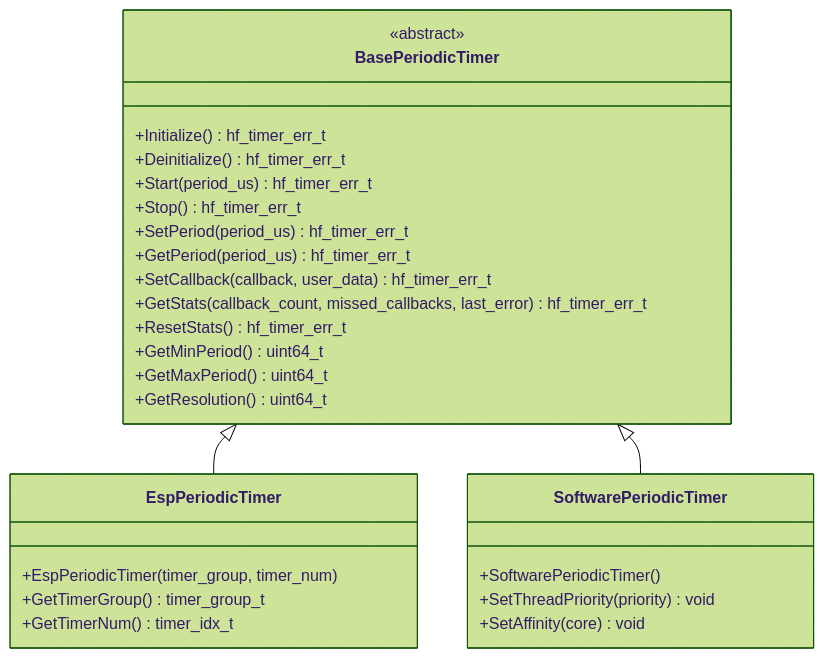
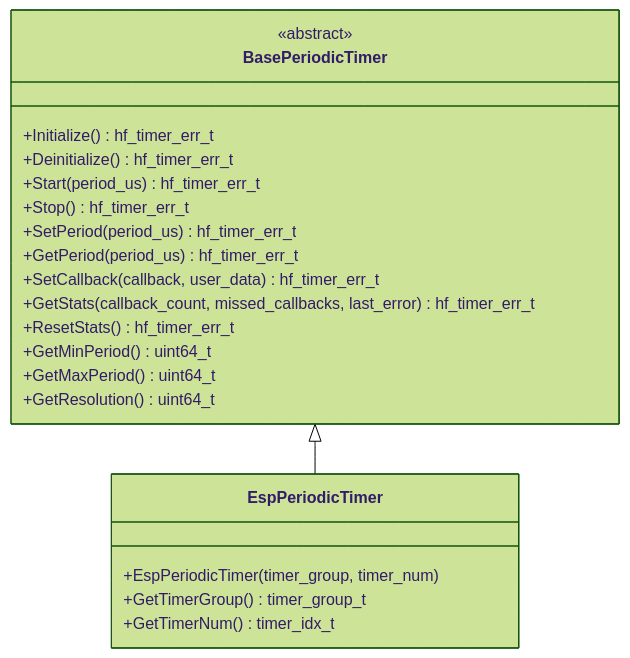
The diagram in docs/api/BasePeriodicTimer.md (N3b3x/hf-internal-interface-wrap), drawn with Mermaid (forest theme) before and after one commit. The commit also changed other lines of this file and 12 other files, not shown here.

````diff
--- a/docs/api/BasePeriodicTimer.md
+++ b/docs/api/BasePeriodicTimer.md
@@ -53,33 +50,26 @@
 ```mermaid
 classDiagram
     class BasePeriodicTimer {
         <<abstract>>
         +Initialize() hf_timer_err_t
         +Deinitialize() hf_timer_err_t
         +Start(period_us) hf_timer_err_t
         +Stop() hf_timer_err_t
         +SetPeriod(period_us) hf_timer_err_t
         +GetPeriod(period_us) hf_timer_err_t
         +SetCallback(callback, user_data) hf_timer_err_t
         +GetStats(callback_count, missed_callbacks, last_error) hf_timer_err_t
         +ResetStats() hf_timer_err_t
         +GetMinPeriod() uint64_t
         +GetMaxPeriod() uint64_t
         +GetResolution() uint64_t
     }
     
     class EspPeriodicTimer {
         +EspPeriodicTimer(timer_group, timer_num)
         +GetTimerGroup() timer_group_t
         +GetTimerNum() timer_idx_t
     }
     
-    class SoftwarePeriodicTimer {
-        +SoftwarePeriodicTimer()
-        +SetThreadPriority(priority) void
-        +SetAffinity(core) void
-    }
-    
     BasePeriodicTimer <|-- EspPeriodicTimer
-    BasePeriodicTimer <|-- SoftwarePeriodicTimer
 ```
````
